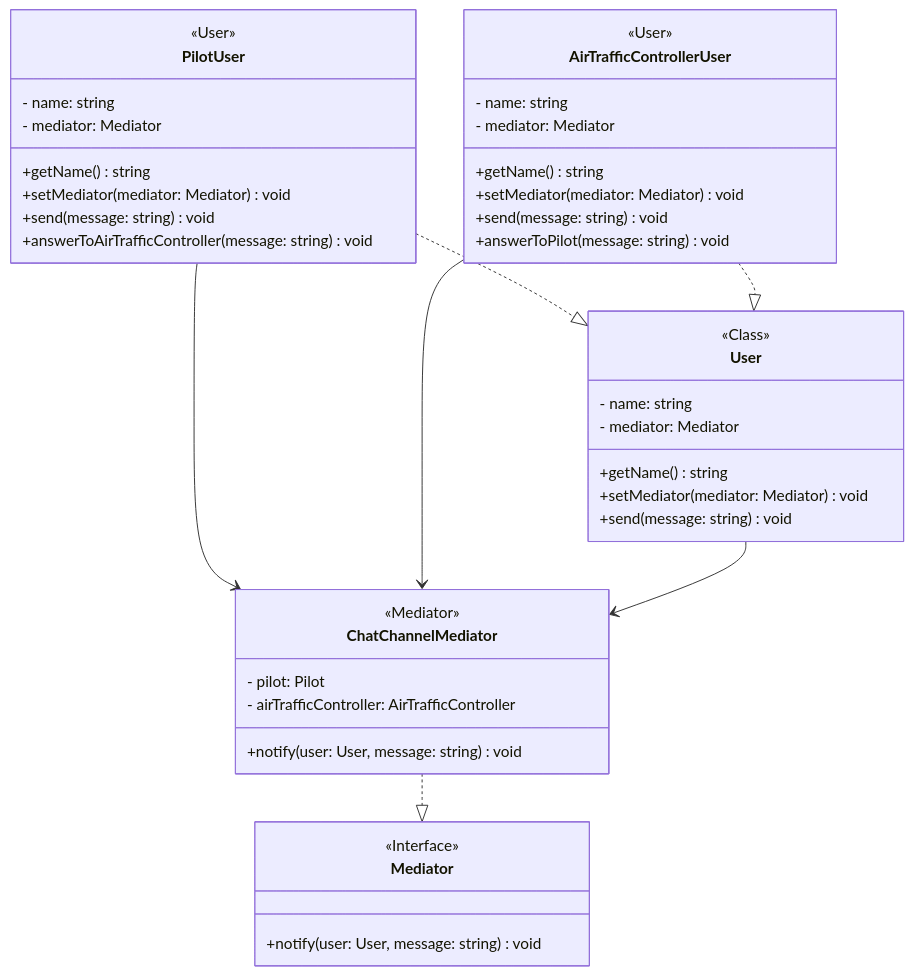
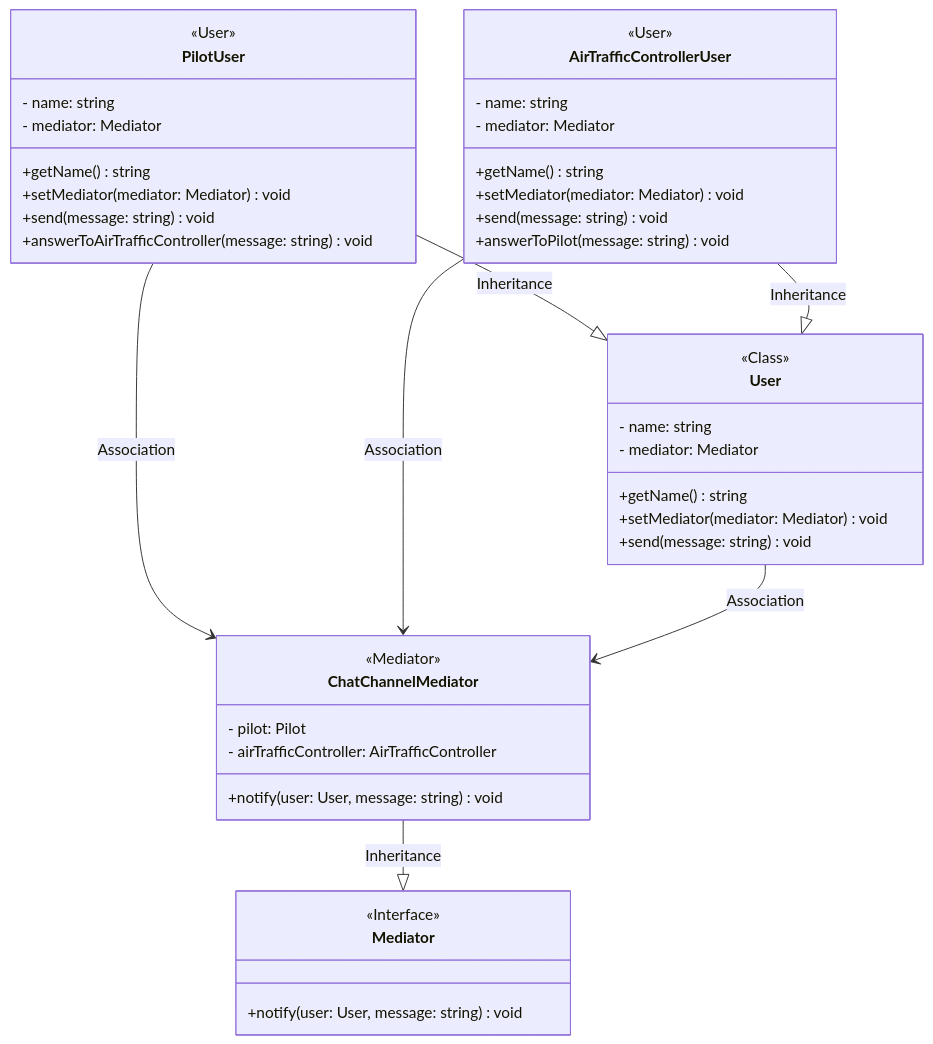
Before and after one commit to javierlopezdeancos/aprende-typescript: the diagram in patterns/behavioral/mediator.md, drawn with Mermaid. The commit also changed 1 other file, not shown here.

Commit message:
fix: improbe structure pattherns graphs

````diff
--- a/patterns/behavioral/mediator.md
+++ b/patterns/behavioral/mediator.md
@@ -40,52 +40,52 @@
 ```mermaid
 classDiagram
 direction TB
     class Mediator {
      +notify(user: User, message: string) void
     }
 
     class ChatChannelMediator {
      - pilot: Pilot
      - airTrafficController: AirTrafficController
      +notify(user: User, message: string) void
     }
 
     class PilotUser {
      - name: string
      - mediator: Mediator
      +getName() string
      +setMediator(mediator: Mediator) void
      +send(message: string) void
      +answerToAirTrafficController(message: string) void
     }
 
     class AirTrafficControllerUser {
      - name: string
      - mediator: Mediator
      +getName() string
      +setMediator(mediator: Mediator) void
      +send(message: string) void
      +answerToPilot(message: string) void
     }
 
     class User {
      - name: string
      - mediator: Mediator
      +getName() string
      +setMediator(mediator: Mediator) void
      +send(message: string) void
     }
 
  <<Interface>> Mediator
  <<Mediator>> ChatChannelMediator
  <<User>> PilotUser
  <<User>> AirTrafficControllerUser
  <<Class>> User
 
-    ChatChannelMediator ..|> Mediator
-    PilotUser ..|> User
-    AirTrafficControllerUser ..|> User
-    PilotUser --> ChatChannelMediator
-    AirTrafficControllerUser --> ChatChannelMediator
-    User --> ChatChannelMediator
+    ChatChannelMediator --|> Mediator : Inheritance
+    PilotUser --|> User : Inheritance
+    AirTrafficControllerUser --|> User : Inheritance
+    PilotUser --> ChatChannelMediator : Association
+    AirTrafficControllerUser --> ChatChannelMediator : Association
+    User --> ChatChannelMediator : Association
 ```
````
